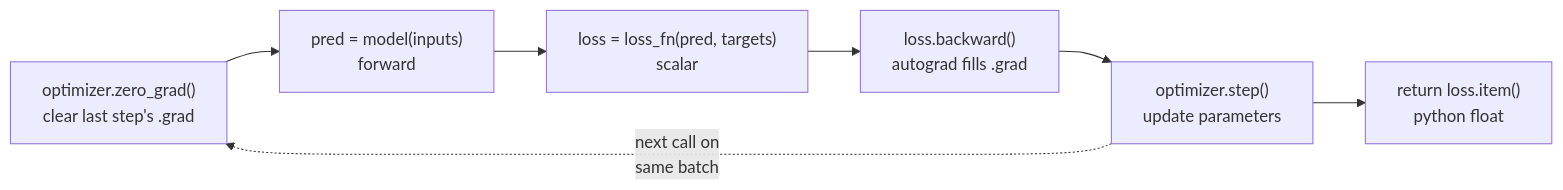
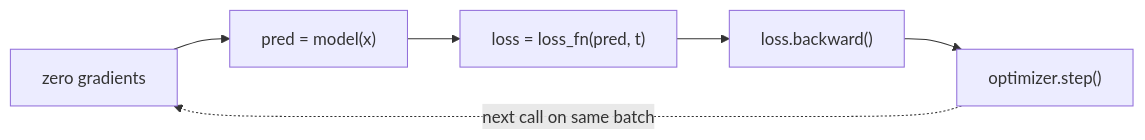
Before and after one commit to tanmaniac/nanovision: the third of 3 diagrams in assignments/a00_harness/README.md, drawn with Mermaid. The commit also changed other lines of this file and 68 other files, not shown here.

````diff
--- a/assignments/a00_harness/README.md
+++ b/assignments/a00_harness/README.md
@@ -176,9 +142,8 @@
 ```mermaid
 flowchart LR
-    Z["optimizer.zero_grad()<br/>clear last step's .grad"] --> F["pred = model(inputs)<br/>forward"]
-    F --> L["loss = loss_fn(pred, targets)<br/>scalar"]
-    L --> B["loss.backward()<br/>autograd fills .grad"]
-    B --> S["optimizer.step()<br/>update parameters"]
-    S --> R["return loss.item()<br/>python float"]
-    S -.->|"next call on<br/>same batch"| Z
+    Z["zero gradients"] --> F["pred = model(x)"]
+    F --> L["loss = loss_fn(pred, t)"]
+    L --> B["loss.backward()"]
+    B --> S["optimizer.step()"]
+    S -.->|"next call on same batch"| Z
 ```
````
